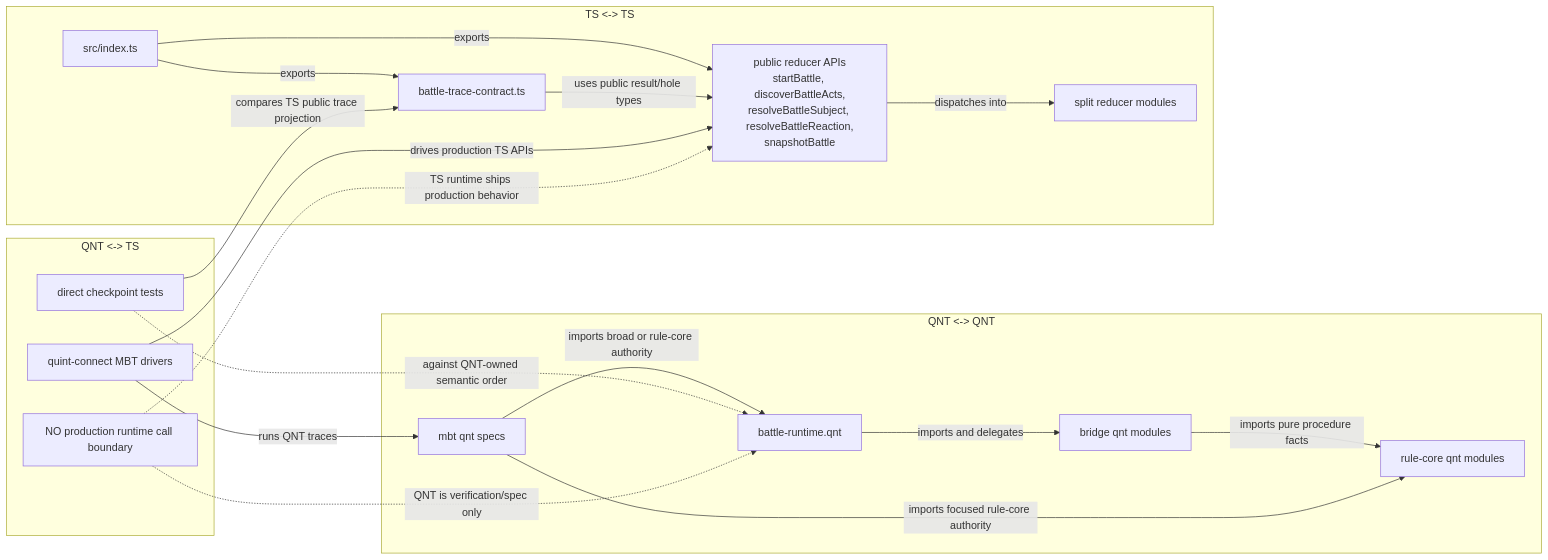
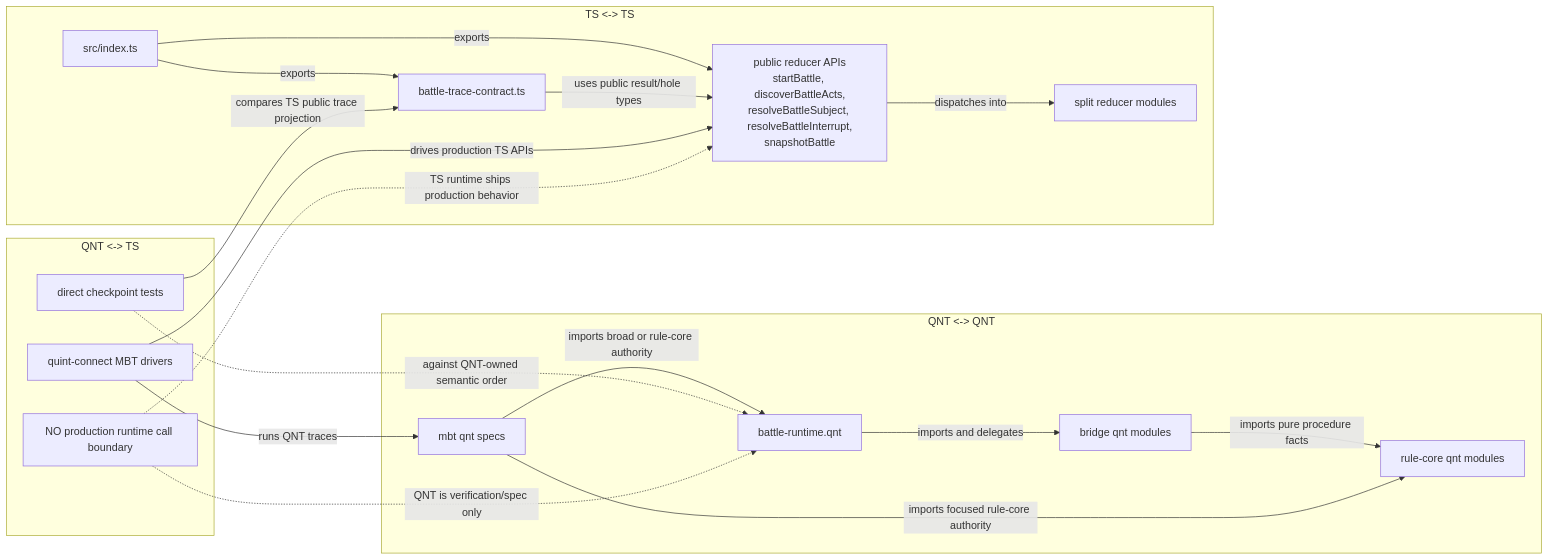
One commit to dearlordylord/5e-quint changed the second of 4 diagrams in plans/BATTLE_RUNTIME_QNT_TS_CONNECTIVITY.md. Above: the diagram before and after it, drawn with Mermaid. The commit also changed 42 other files, not shown here.

````diff
--- a/plans/BATTLE_RUNTIME_QNT_TS_CONNECTIVITY.md
+++ b/plans/BATTLE_RUNTIME_QNT_TS_CONNECTIVITY.md
@@ -127,36 +127,36 @@
 ```mermaid
 flowchart LR
   subgraph QNTQNT["QNT <-> QNT"]
     Q1["battle-runtime.qnt"]
     QB["bridge qnt modules"]
     QC["rule-core qnt modules"]
     QM["mbt qnt specs"]
     Q1 -->|"imports and delegates"| QB
     QB -->|"imports pure procedure facts"| QC
     QM -->|"imports broad or rule-core authority"| Q1
     QM -->|"imports focused rule-core authority"| QC
   end
 
   subgraph TSTS["TS <-> TS"]
     T0["src/index.ts"]
-    T1["public reducer APIs<br/>startBattle, discoverBattleActs,<br/>resolveBattleSubject, resolveBattleReaction,<br/>snapshotBattle"]
+    T1["public reducer APIs<br/>startBattle, discoverBattleActs,<br/>resolveBattleSubject, resolveBattleInterrupt,<br/>snapshotBattle"]
     T2["split reducer modules"]
     T3["battle-trace-contract.ts"]
     T0 -->|"exports"| T1
     T0 -->|"exports"| T3
     T1 -->|"dispatches into"| T2
     T3 -->|"uses public result/hole types"| T1
   end
 
   subgraph QNTTS["QNT <-> TS"]
     X1["quint-connect MBT drivers"]
     X2["direct checkpoint tests"]
     X3["NO production runtime call boundary"]
     X1 -->|"runs QNT traces"| QM
     X1 -->|"drives production TS APIs"| T1
     X2 -->|"compares TS public trace projection"| T3
     X2 -.->|"against QNT-owned semantic order"| Q1
     X3 -.->|"QNT is verification/spec only"| Q1
     X3 -.->|"TS runtime ships production behavior"| T1
   end
 ```
````
